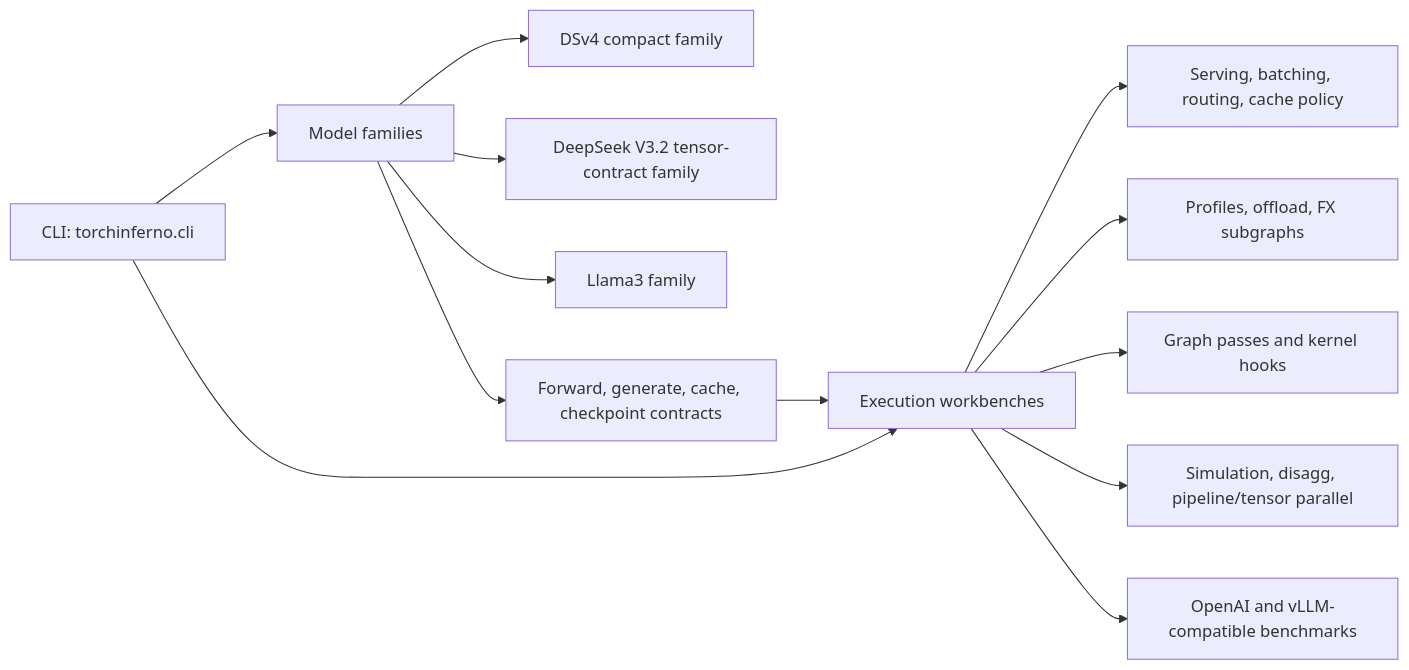
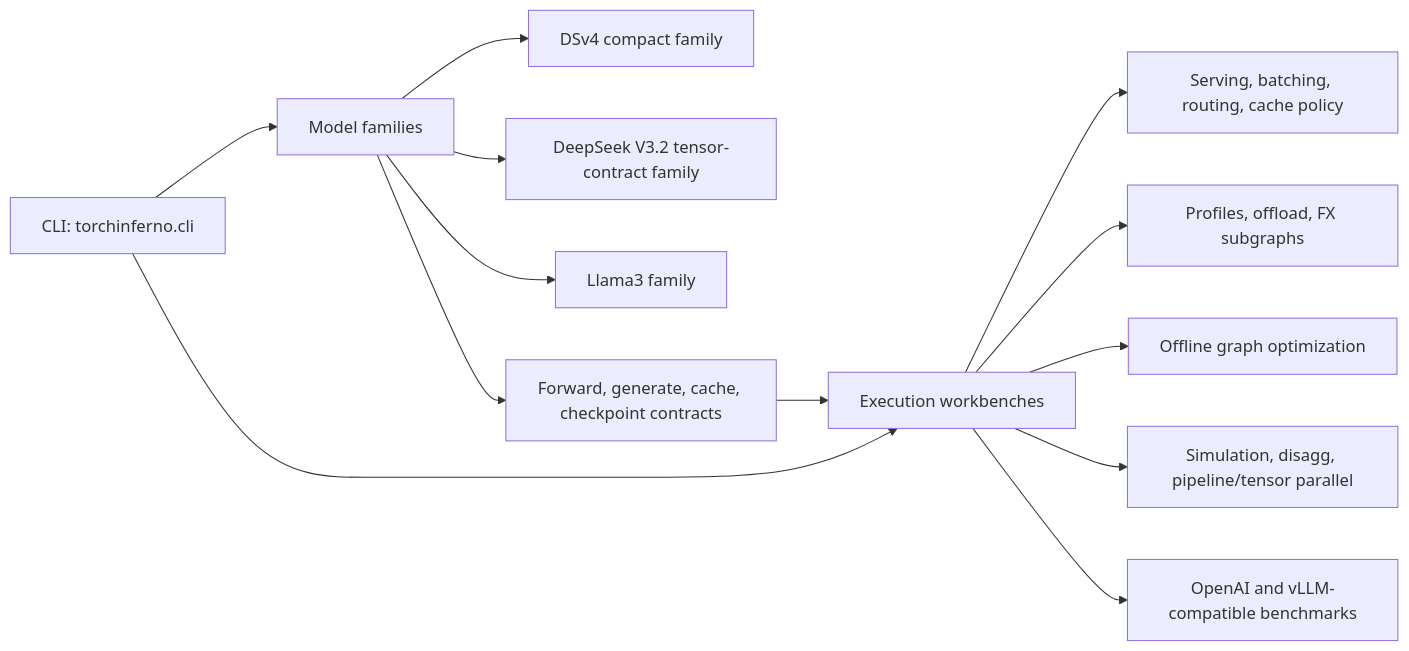
One commit to bobrenjc93/TorchInferno changed the diagram in README.md. Above: the diagram before and after it, drawn with Mermaid. The commit also changed other lines of this file and 4 other files, not shown here.

Commit message:
Document offline graph optimization workflow

````diff
--- a/README.md
+++ b/README.md
@@ -67,15 +70,15 @@
 ```mermaid
 flowchart LR
   CLI["CLI: torchinferno.cli"] --> Families["Model families"]
   Families --> DSv4["DSv4 compact family"]
   Families --> DeepSeek["DeepSeek V3.2 tensor-contract family"]
   Families --> Llama["Llama3 family"]
   Families --> Contracts["Forward, generate, cache, checkpoint contracts"]
   CLI --> Workbenches["Execution workbenches"]
   Contracts --> Workbenches
   Workbenches --> Serving["Serving, batching, routing, cache policy"]
   Workbenches --> Profiles["Profiles, offload, FX subgraphs"]
-  Workbenches --> Kernels["Graph passes and kernel hooks"]
+  Workbenches --> Kernels["Offline graph optimization"]
   Workbenches --> Parallel["Simulation, disagg, pipeline/tensor parallel"]
   Workbenches --> Benchmarks["OpenAI and vLLM-compatible benchmarks"]
 ```
````
